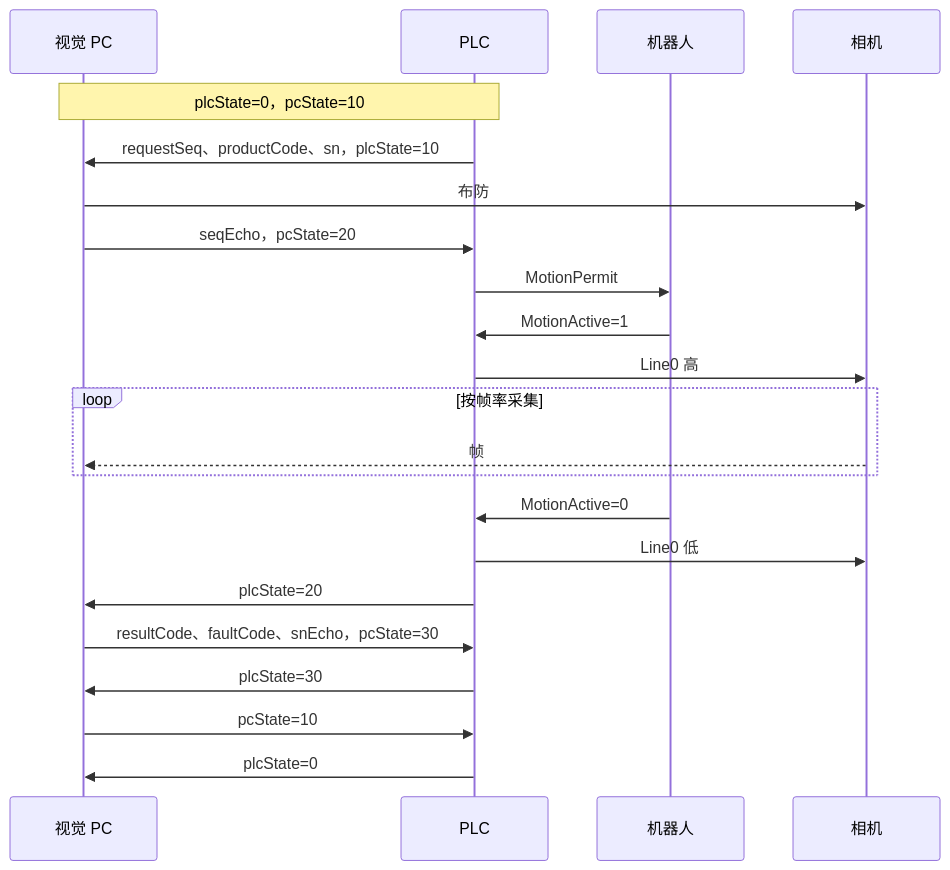
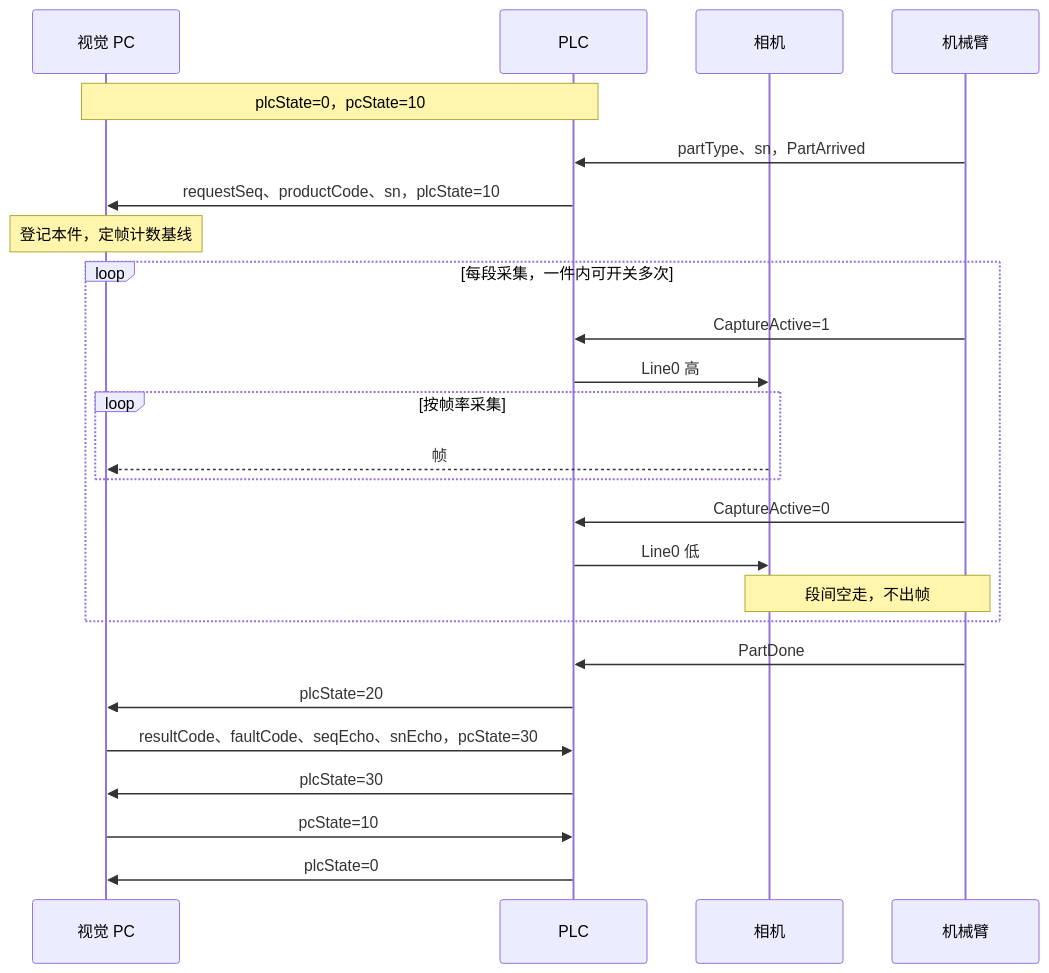
One commit to liangyuR/ly-gluesight changed the diagram in docs/integration/plc-communication-protocol.md. Above: the diagram before and after it, drawn with Mermaid. The commit also changed other lines of this file and 76 other files, not shown here.

````diff
--- a/docs/integration/plc-communication-protocol.md
+++ b/docs/integration/plc-communication-protocol.md
@@ -83,25 +100,28 @@
 ```mermaid
 sequenceDiagram
     participant PC as 视觉 PC
     participant PLC as PLC
-    participant ROB as 机器人
     participant CAM as 相机
+    participant ROB as 机械臂
 
     Note over PC,PLC: plcState=0，pcState=10
+    ROB->>PLC: partType、sn，PartArrived
     PLC->>PC: requestSeq、productCode、sn，plcState=10
-    PC->>CAM: 布防
-    PC->>PLC: seqEcho，pcState=20
-    PLC->>ROB: MotionPermit
-    ROB->>PLC: MotionActive=1
-    PLC->>CAM: Line0 高
-    loop 按帧率采集
-        CAM-->>PC: 帧
+    Note over PC: 登记本件，定帧计数基线
+    loop 每段采集，一件内可开关多次
+        ROB->>PLC: CaptureActive=1
+        PLC->>CAM: Line0 高
+        loop 按帧率采集
+            CAM-->>PC: 帧
+        end
+        ROB->>PLC: CaptureActive=0
+        PLC->>CAM: Line0 低
+        Note over CAM,ROB: 段间空走，不出帧
     end
-    ROB->>PLC: MotionActive=0
-    PLC->>CAM: Line0 低
+    ROB->>PLC: PartDone
     PLC->>PC: plcState=20
-    PC->>PLC: resultCode、faultCode、snEcho，pcState=30
+    PC->>PLC: resultCode、faultCode、seqEcho、snEcho，pcState=30
     PLC->>PC: plcState=30
     PC->>PLC: pcState=10
     PLC->>PC: plcState=0
 ```
````
